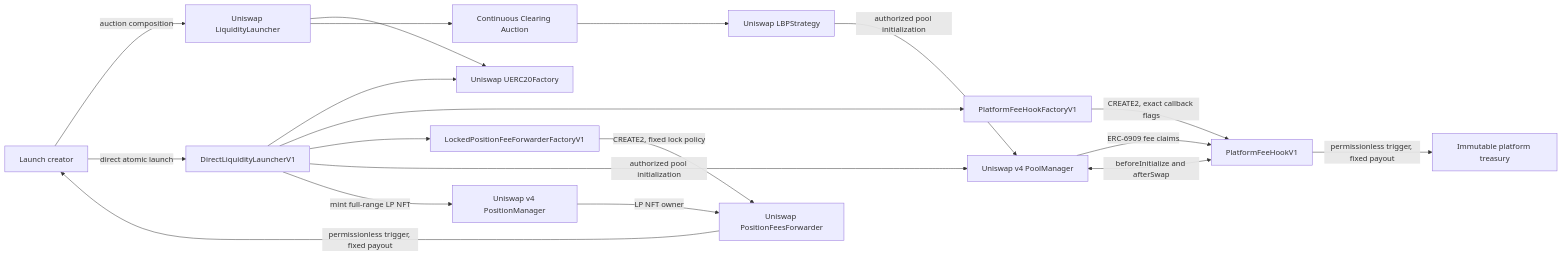
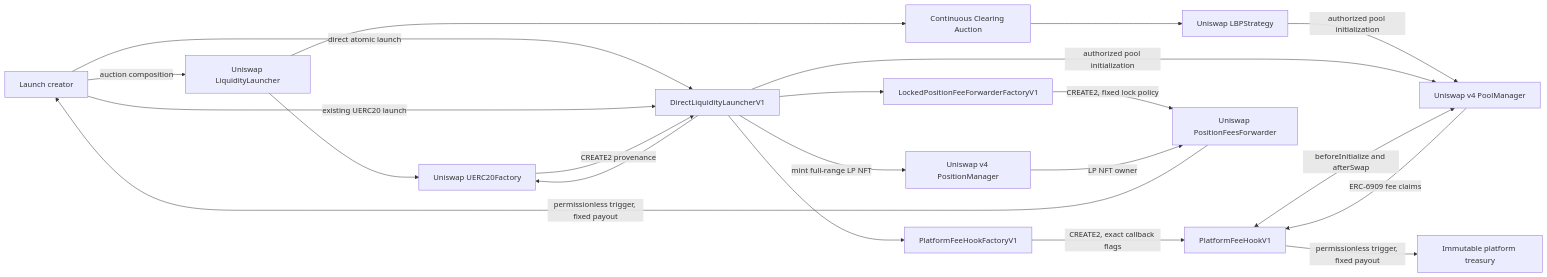
The first of 2 diagrams in contracts/security/diagrams/architecture.md (0xprogrammable/PROGRAMMABLE), drawn with Mermaid before and after one commit. The commit also changed other lines of this file and 23 other files, not shown here.

Commit message:
Add existing UERC20 launch path

````diff
--- a/contracts/security/diagrams/architecture.md
+++ b/contracts/security/diagrams/architecture.md
@@ -3,37 +3,39 @@
 ```mermaid
 flowchart LR
     Creator[Launch creator]
     OfficialLauncher[Uniswap LiquidityLauncher]
     Auction[Continuous Clearing Auction]
     Strategy[Uniswap LBPStrategy]
     DirectLauncher[DirectLiquidityLauncherV1]
     TokenFactory[Uniswap UERC20Factory]
     HookFactory[PlatformFeeHookFactoryV1]
     PositionFactory[LockedPositionFeeForwarderFactoryV1]
     Hook[PlatformFeeHookV1]
     PoolManager[Uniswap v4 PoolManager]
     PositionManager[Uniswap v4 PositionManager]
     Forwarder[Uniswap PositionFeesForwarder]
     Treasury[Immutable platform treasury]
 
     Creator -->|auction composition| OfficialLauncher
     OfficialLauncher --> TokenFactory
     OfficialLauncher --> Auction
     Auction --> Strategy
     Strategy -->|authorized pool initialization| PoolManager
 
     Creator -->|direct atomic launch| DirectLauncher
     DirectLauncher --> TokenFactory
     DirectLauncher --> HookFactory
     DirectLauncher --> PositionFactory
     DirectLauncher -->|authorized pool initialization| PoolManager
     DirectLauncher -->|mint full-range LP NFT| PositionManager
+    Creator -->|existing UERC20 launch| DirectLauncher
+    TokenFactory -->|CREATE2 provenance| DirectLauncher
 
     HookFactory -->|CREATE2, exact callback flags| Hook
     PositionFactory -->|CREATE2, fixed lock policy| Forwarder
     PositionManager -->|LP NFT owner| Forwarder
     Hook <-->|beforeInitialize and afterSwap| PoolManager
     PoolManager -->|ERC-6909 fee claims| Hook
     Hook -->|permissionless trigger, fixed payout| Treasury
     Forwarder -->|permissionless trigger, fixed payout| Creator
 ```
````
